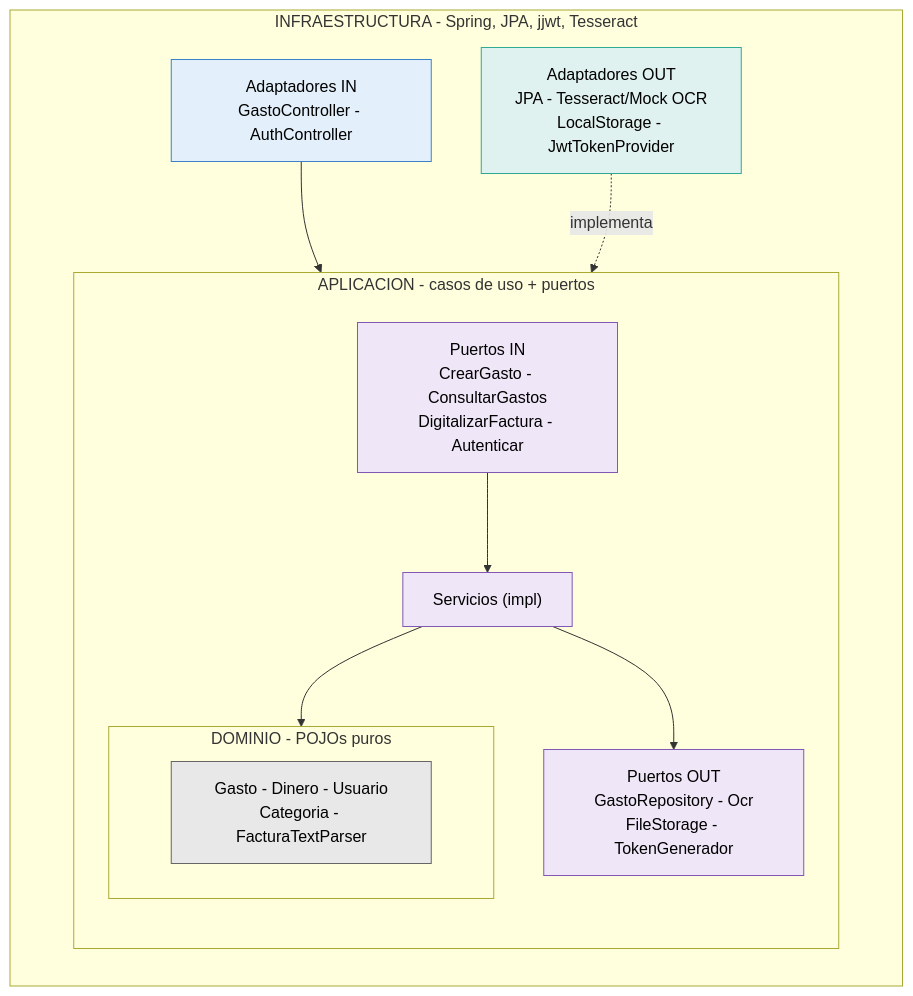
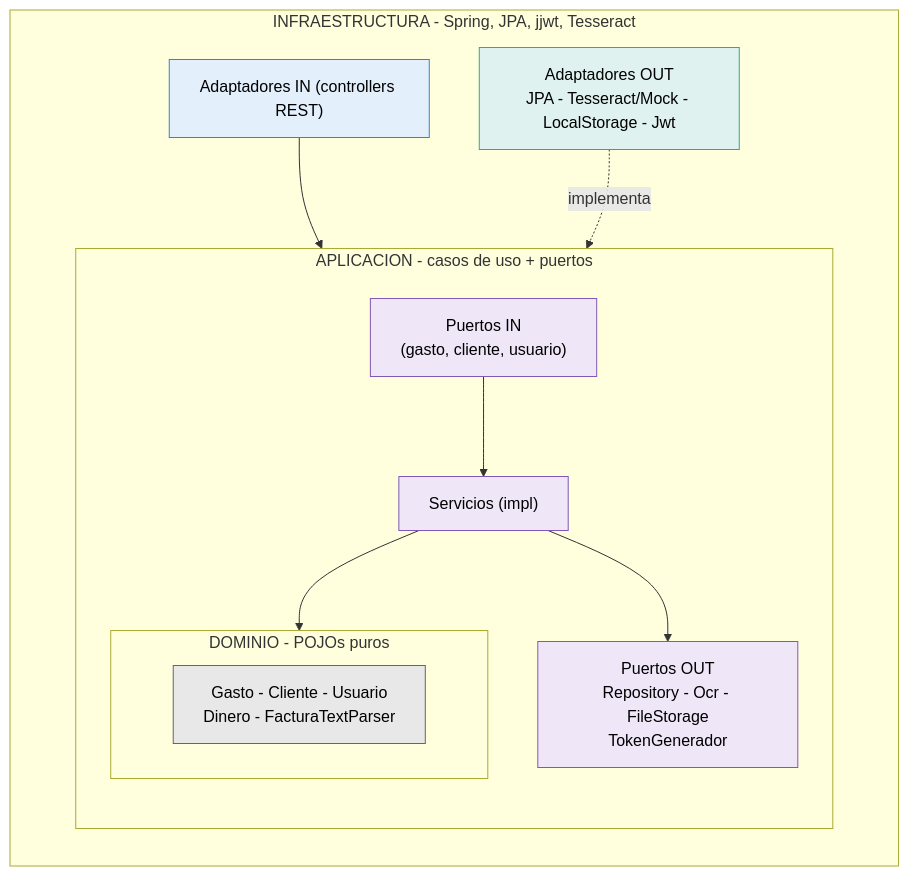
Before and after one commit to hagi33/GestionFacturas-api: the diagram in README.md, drawn with Mermaid. The commit also changed other lines of this file, not shown here.

````diff
--- a/README.md
+++ b/README.md
@@ -57,32 +57,32 @@
 ```mermaid
 flowchart TB
     subgraph INFRA["INFRAESTRUCTURA - Spring, JPA, jjwt, Tesseract"]
         direction TB
         subgraph APP["APLICACION - casos de uso + puertos"]
             direction TB
             subgraph DOM["DOMINIO - POJOs puros"]
-                D1["Gasto - Dinero - Usuario<br/>Categoria - FacturaTextParser"]
+                D1["Gasto - Cliente - Usuario<br/>Dinero - FacturaTextParser"]
             end
-            PIN["Puertos IN<br/>CrearGasto - ConsultarGastos<br/>DigitalizarFactura - Autenticar"]
+            PIN["Puertos IN<br/>(gasto, cliente, usuario)"]
             SVC["Servicios (impl)"]
-            POUT["Puertos OUT<br/>GastoRepository - Ocr<br/>FileStorage - TokenGenerador"]
+            POUT["Puertos OUT<br/>Repository - Ocr - FileStorage<br/>TokenGenerador"]
         end
-        AIN["Adaptadores IN<br/>GastoController - AuthController"]
-        AOUT["Adaptadores OUT<br/>JPA - Tesseract/Mock OCR<br/>LocalStorage - JwtTokenProvider"]
+        AIN["Adaptadores IN (controllers REST)"]
+        AOUT["Adaptadores OUT<br/>JPA - Tesseract/Mock - LocalStorage - Jwt"]
     end
 
     AIN --> PIN
     PIN --> SVC
     SVC --> DOM
     SVC --> POUT
     AOUT -.implementa.-> POUT
 
     classDef dom fill:#e8e8e8,stroke:#666,color:#000
     classDef app fill:#efe6f7,stroke:#8257b5,color:#000
     classDef adin fill:#e3f0fb,stroke:#3b82c4,color:#000
     classDef adout fill:#e0f2ef,stroke:#2fa894,color:#000
     class D1 dom
     class PIN,SVC,POUT app
     class AIN adin
     class AOUT adout
 ```
````
